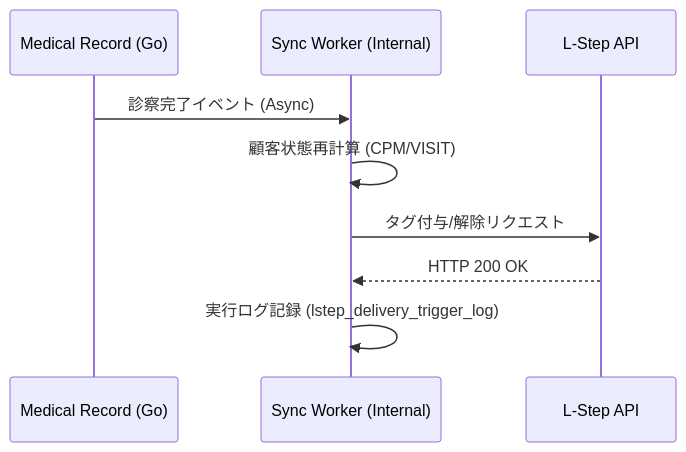
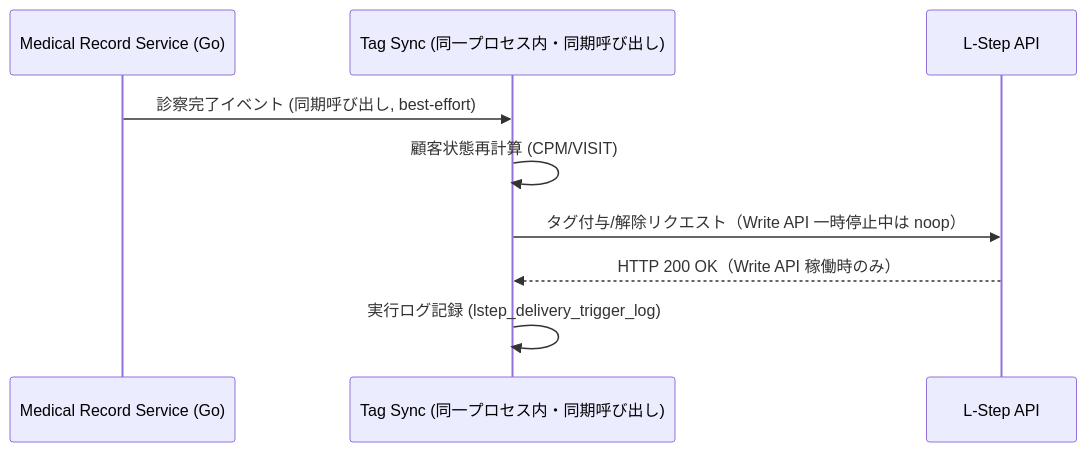
Before and after one commit to MinoruSoga/AnimalEkarte: the diagram in docs/line/architecture.md, drawn with Mermaid. The commit also changed other lines of this file and 87 other files, not shown here.

````diff
--- a/docs/line/architecture.md
+++ b/docs/line/architecture.md
@@ -42,12 +46,12 @@
 ```mermaid
 sequenceDiagram
-    participant MR as Medical Record (Go)
-    participant Worker as Sync Worker (Internal)
+    participant MR as Medical Record Service (Go)
+    participant Sync as Tag Sync (同一プロセス内・同期呼び出し)
     participant LS as L-Step API
     
-    MR->>Worker: 診察完了イベント (Async)
-    Worker->>Worker: 顧客状態再計算 (CPM/VISIT)
-    Worker->>LS: タグ付与/解除リクエスト
-    LS-->>Worker: HTTP 200 OK
-    Worker->>Worker: 実行ログ記録 (lstep_delivery_trigger_log)
+    MR->>Sync: 診察完了イベント (同期呼び出し, best-effort)
+    Sync->>Sync: 顧客状態再計算 (CPM/VISIT)
+    Sync->>LS: タグ付与/解除リクエスト（Write API 一時停止中は noop）
+    LS-->>Sync: HTTP 200 OK（Write API 稼働時のみ）
+    Sync->>Sync: 実行ログ記録 (lstep_delivery_trigger_log)
 ```
````
